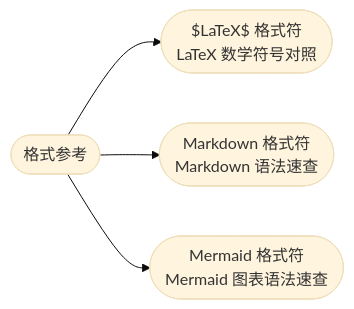
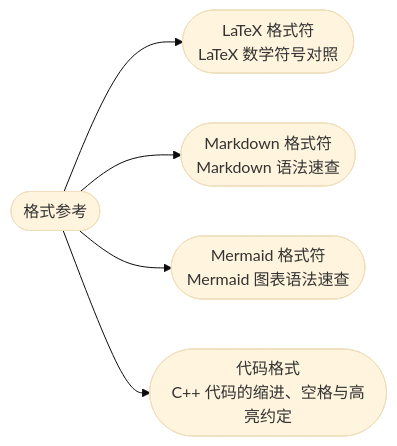
Before and after one commit to cuberxl/Coders-Note: the diagram in 0-格式/index.md, drawn with Mermaid (base theme). The commit also changed other lines of this file and 6 other files, not shown here.

````diff
--- a/0-格式/index.md
+++ b/0-格式/index.md
@@ -23,7 +24,8 @@
 ```mermaid
 flowchart LR
     R(["格式参考"])
-    R --> N1(["$LaTeX$ 格式符<br/>LaTeX 数学符号对照"])
+    R --> N1(["LaTeX 格式符<br/>LaTeX 数学符号对照"])
     R --> N2(["Markdown 格式符<br/>Markdown 语法速查"])
     R --> N3(["Mermaid 格式符<br/>Mermaid 图表语法速查"])
+    R --> N4(["代码格式<br/>C++ 代码的缩进、空格与高亮约定"])
 ```
````
